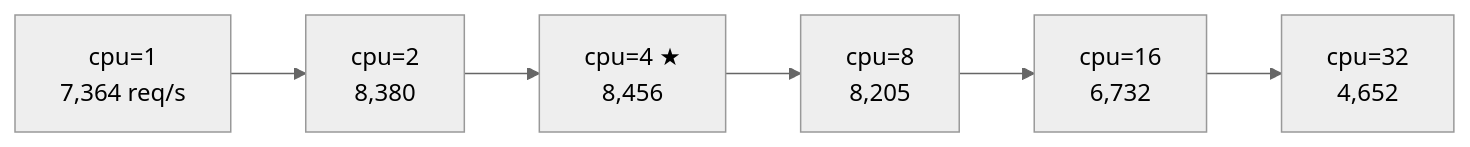
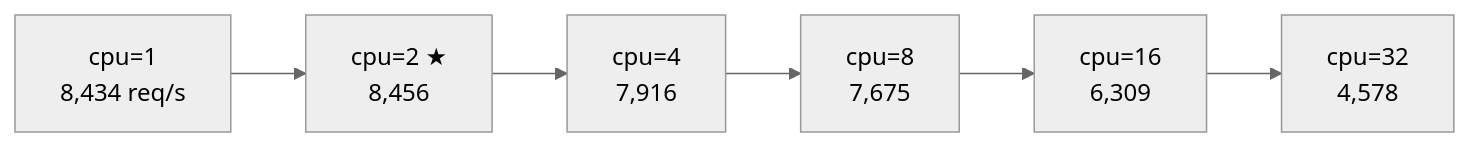
The diagram in wiki/scenarios/sweep-ruby-max-cpu.md (thekuwayama/biryani-benchmarks), drawn with Mermaid (neutral theme) before and after one commit. The commit also changed other lines of this file and 5 other files, not shown here.

````diff
--- a/wiki/scenarios/sweep-ruby-max-cpu.md
+++ b/wiki/scenarios/sweep-ruby-max-cpu.md
@@ -43,4 +59,4 @@
 ```mermaid
 flowchart LR
-    A["cpu=1<br>7,364 req/s"] --> B["cpu=2<br>8,380"] --> C["cpu=4 ★<br>8,456"] --> D["cpu=8<br>8,205"] --> E["cpu=16<br>6,732"] --> F["cpu=32<br>4,652"]
+    A["cpu=1<br>8,434 req/s"] --> B["cpu=2 ★<br>8,456"] --> C["cpu=4<br>7,916"] --> D["cpu=8<br>7,675"] --> E["cpu=16<br>6,309"] --> F["cpu=32<br>4,578"]
 ```
````
